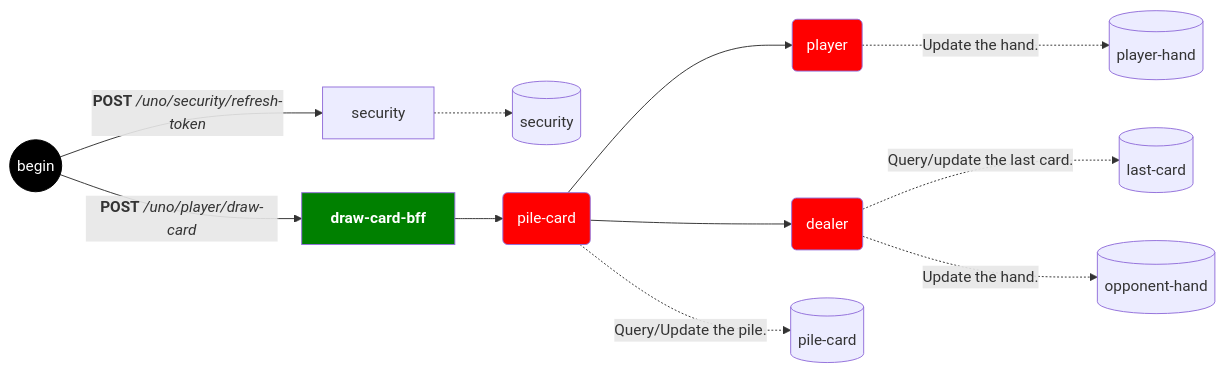
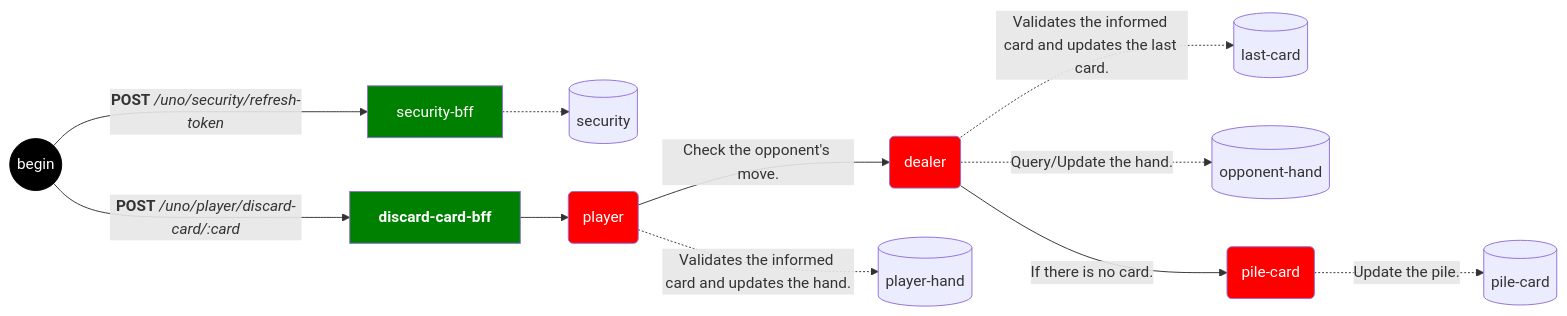
Before and after one commit to olbiwan/uno: the first of 3 diagrams in README.md, drawn with Mermaid. The commit also changed other lines of this file, not shown here.

````diff
--- a/README.md
+++ b/README.md
@@ -23,17 +23,18 @@
 ```mermaid
 flowchart LR
-    U((begin)) -->|<b>POST</b> <i>/uno/security/refresh-token</i>| S[security]
+    U((begin)) --->|<b>POST</b> <i>/uno/security/refresh-token</i>| S[security-bff]
     S -.-> DS[(security)]
-    U -->|<b>POST</b> <i>/uno/player/draw-card</i>| DCB[<b>draw-card-bff</b>]
-    DCB --> SPC(pile-card)
-    SNT(dealer) -.->|Query/update the last card.| DLC[(last-card)]
-    SPC --> SPH(player)
-    SPC --> SNT
-    SNT -.->|Update the hand.| DOH[(opponent-hand)]
-    SPC -.->|Query/Update the pile.| DPC[(pile-card)]
-    SPH -.->|Update the hand.| DPH[(player-hand)]
-    style DCB color:#fff,fill:green;
-    style U color:#fff,fill:#000,stroke:#000;
+    U --->|<b>POST</b> <i>/uno/player/discard-card/:card</i>| DCB[<b>discard-card-bff</b>]
+    DCB --> SC(player)
+    SA(dealer) -.->|Validates the informed card and updates the last card.| DLC[(last-card)]
+    SA -.->|Query/Update the hand.| DOH[(opponent-hand)]
+    SB(pile-card)  -.->|Update the pile.| DPC[(pile-card)]
+    SC -.->|Validates the informed card and updates the hand.| DPH[(player-hand)]
+    SA -->|If there is no card.| SB
+    SC -->|Check the opponent's move.| SA    
+    style U  color:#fff,fill:#000,stroke:#000;
+    classDef bff color:#fff,fill:green;
+    class S,DCB bff;
     classDef second color:#fff,fill:red;
-    class SNT,SPC,SPH second;
+    class SA,SB,SC second;
 ```
````
